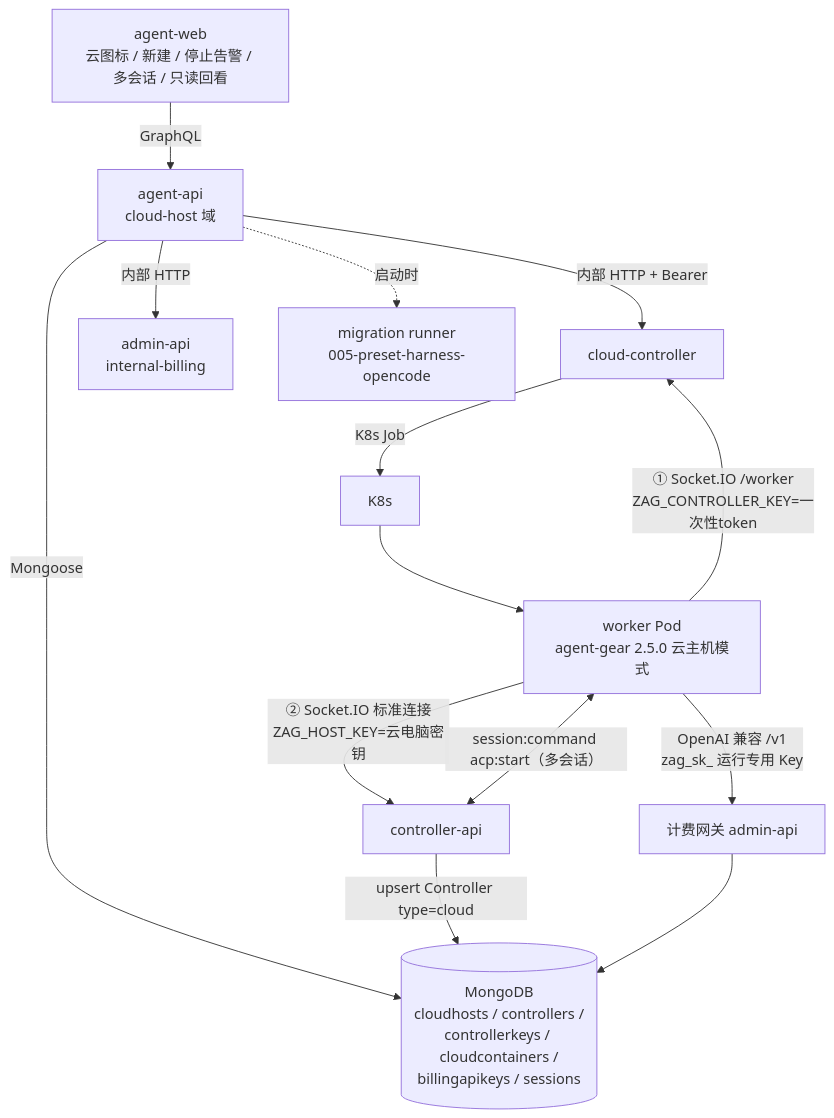
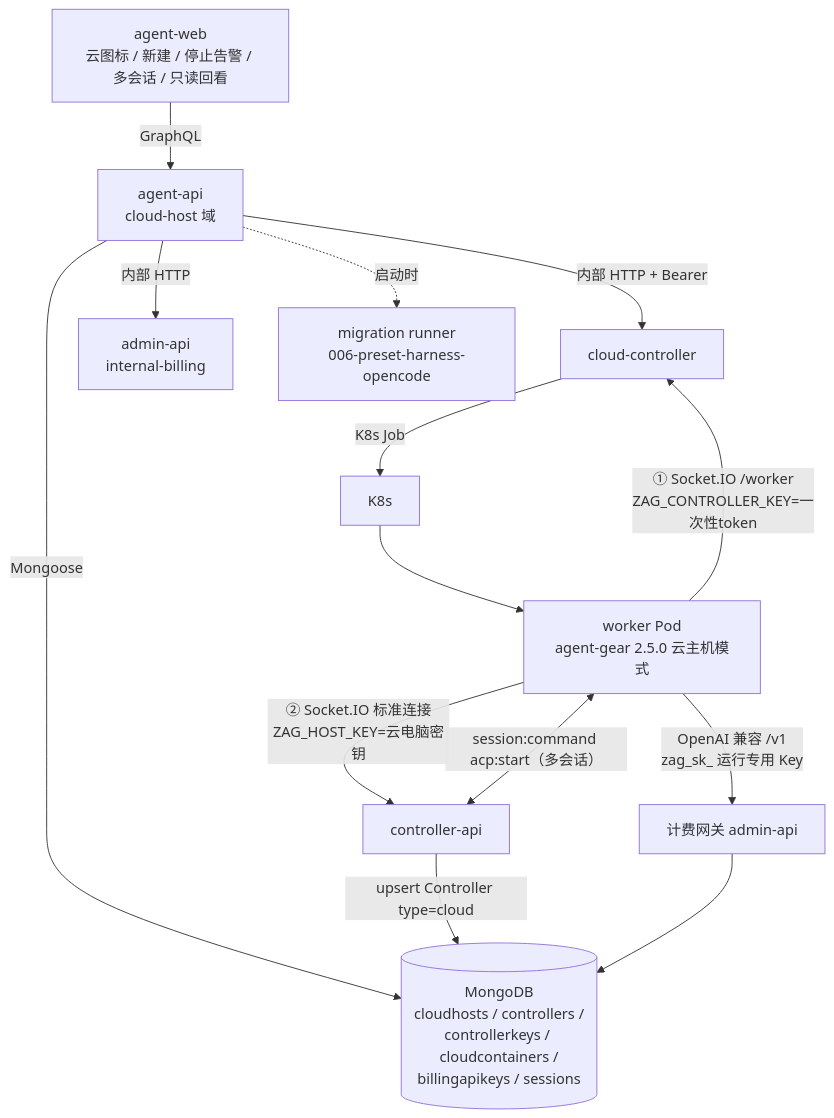
Before and after one commit to Deliay/z-agent-gear: the first of 5 diagrams in docs/engineering/proposals/20261020-feat-container-harness-support.md, drawn with Mermaid. The commit also changed other lines of this file and 75 other files, not shown here.

````diff
--- a/docs/engineering/proposals/20261020-feat-container-harness-support.md
+++ b/docs/engineering/proposals/20261020-feat-container-harness-support.md
@@ -91,16 +91,16 @@
 ```mermaid
 graph TD
     AW[agent-web<br/>云图标 / 新建 / 停止告警 / 多会话 / 只读回看] -->|GraphQL| AA[agent-api<br/>cloud-host 域]
     AA -->|Mongoose| M[(MongoDB<br/>cloudhosts / controllers /<br/>controllerkeys / cloudcontainers /<br/>billingapikeys / sessions)]
     AA -->|内部 HTTP + Bearer| CC[cloud-controller]
     AA -->|内部 HTTP| AD[admin-api<br/>internal-billing]
     CC -->|K8s Job| K[K8s]
     K --> W[worker Pod<br/>agent-gear 2.5.0 云主机模式]
     W -->|① Socket.IO /worker<br/>ZAG_CONTROLLER_KEY=一次性token| CC
     W -->|② Socket.IO 标准连接<br/>ZAG_HOST_KEY=云电脑密钥| CA[controller-api]
     CA <-->|session:command acp:start（多会话）| W
     CA -->|upsert Controller type=cloud| M
     W -->|OpenAI 兼容 /v1<br/>zag_sk_ 运行专用 Key| BG[计费网关 admin-api]
     BG --> M
-    AA -.启动时.-> MIG[migration runner<br/>005-preset-harness-opencode]
+    AA -.启动时.-> MIG[migration runner<br/>006-preset-harness-opencode]
 ```
````
